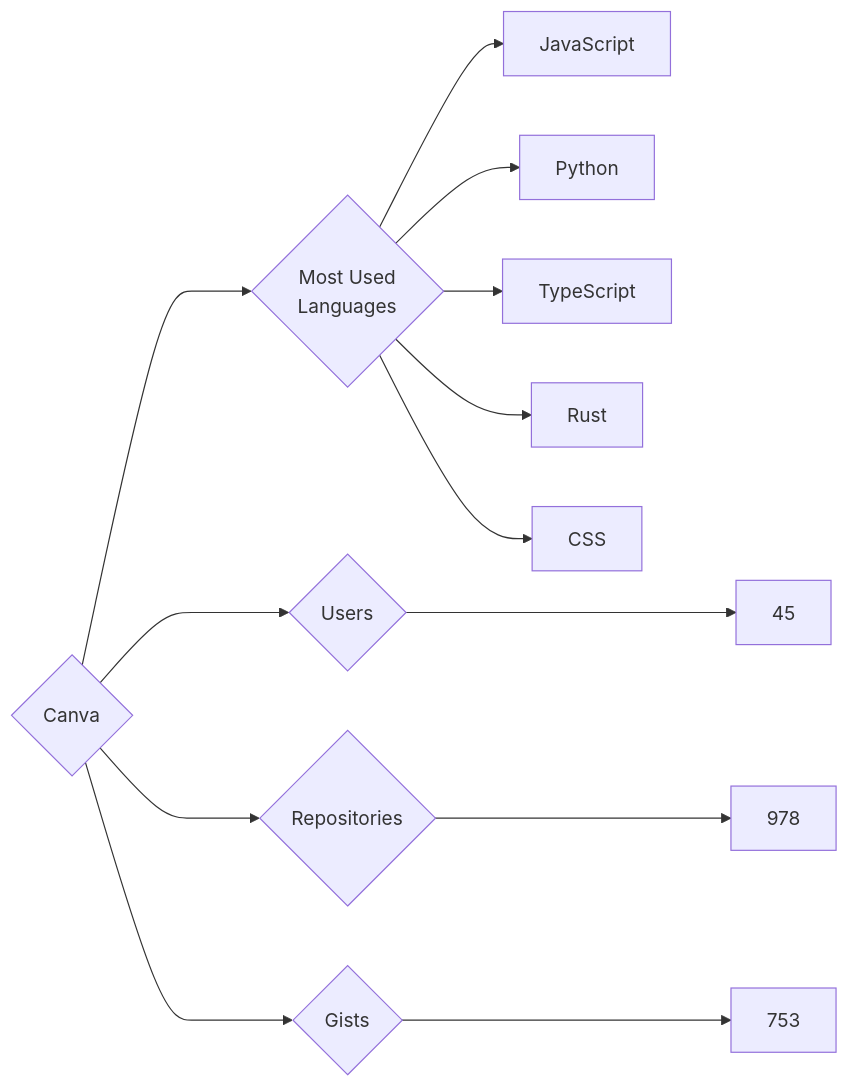
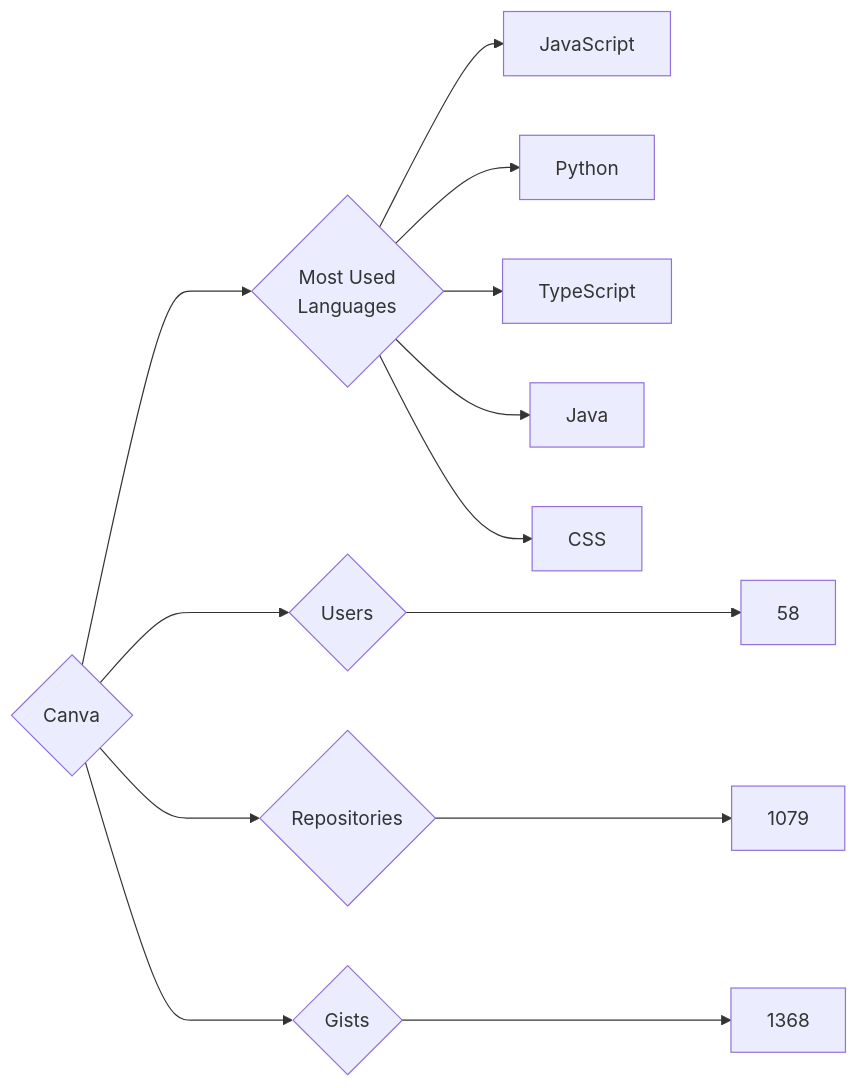
The diagram in targets/Canva/README.md (trickest/insiders), drawn with Mermaid before and after one commit. The commit also changed 951 other files, not shown here.

````diff
--- a/targets/Canva/README.md
+++ b/targets/Canva/README.md
@@ -3,13 +3,13 @@
 ```mermaid
 graph LR
 COMPANY_NAME{Canva}
-COMPANY_NAME ---> U{Users} ---> UN[45]
-COMPANY_NAME ---> R{Repositories} ---> RN[978]
-COMPANY_NAME ---> G{Gists} ---> GN[753]
+COMPANY_NAME ---> U{Users} ---> UN[58]
+COMPANY_NAME ---> R{Repositories} ---> RN[1079]
+COMPANY_NAME ---> G{Gists} ---> GN[1368]
 COMPANY_NAME ---> ML{Most Used<br>Languages}
-ML --> JavaScript
-ML --> Python
-ML --> TypeScript
-ML --> Rust
-ML --> CSS
+ML --> JavaScript[JavaScript]
+ML --> Python[Python]
+ML --> TypeScript[TypeScript]
+ML --> Java[Java]
+ML --> CSS[CSS]
 ```
````
